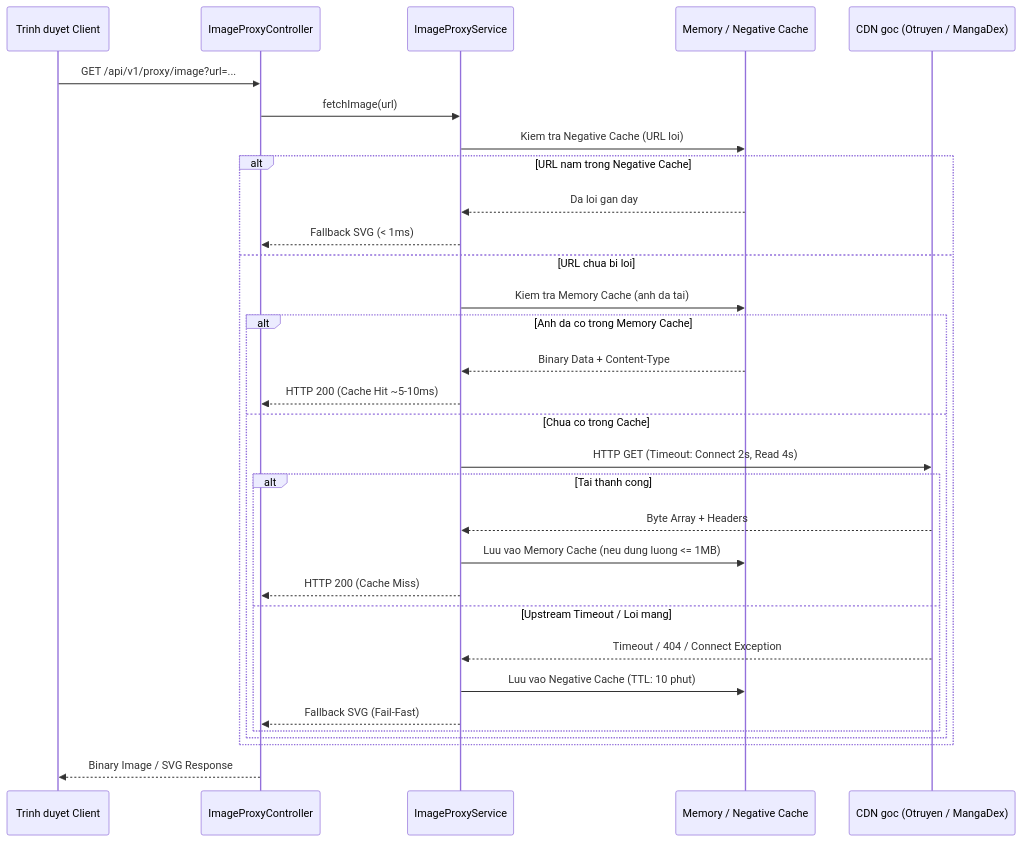
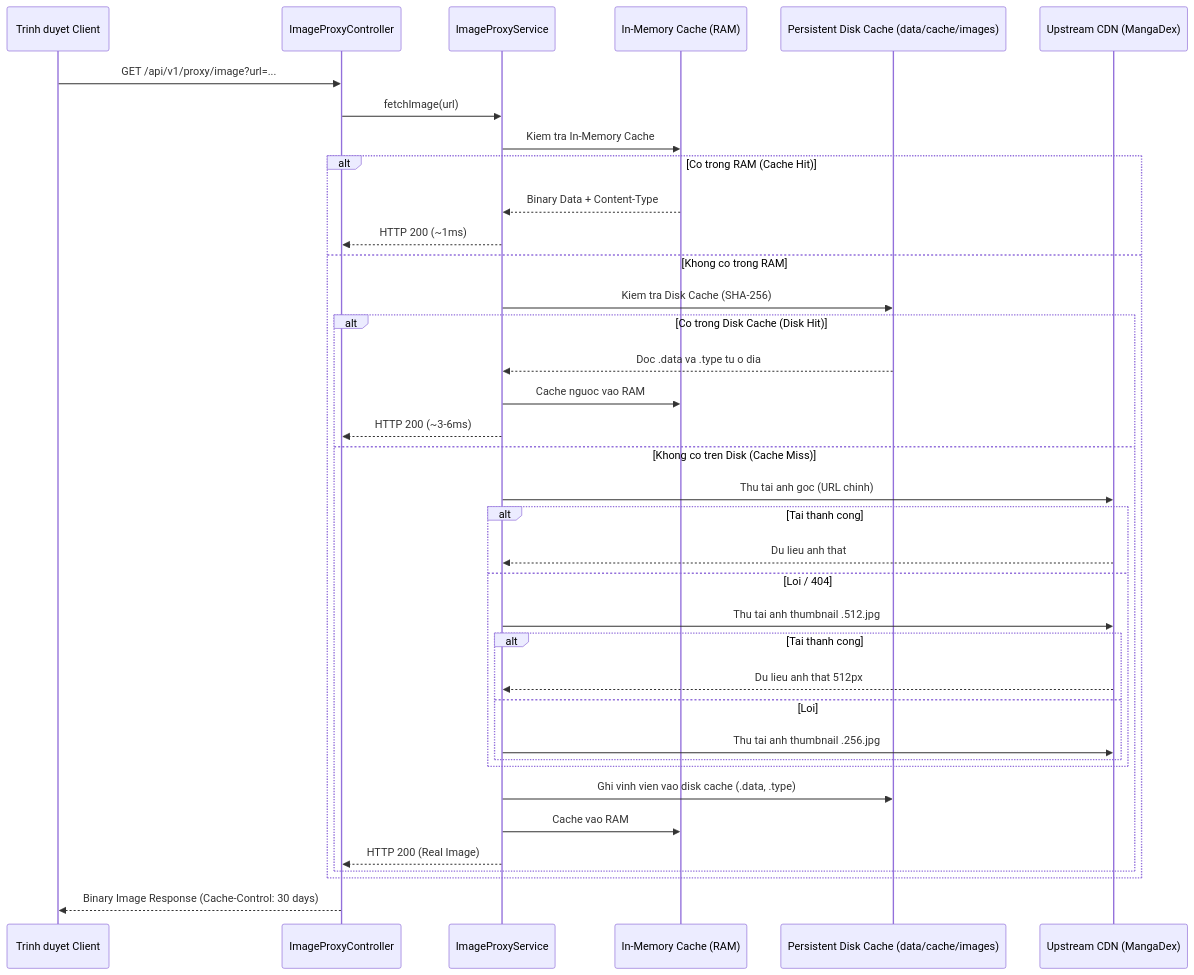
One commit to baodang69/struyen changed the diagram in docs/features/22-image-proxy-optimization.md. Above: the diagram before and after it, drawn with Mermaid. The commit also changed other lines of this file and 3 other files, not shown here.

Commit message:
feat(proxy): implement persistent disk cache and mangadex multi-tier real image retrieval

````diff
--- a/docs/features/22-image-proxy-optimization.md
+++ b/docs/features/22-image-proxy-optimization.md
@@ -28,34 +32,40 @@
 ```mermaid
 sequenceDiagram
     participant Browser as Trinh duyet Client
     participant Controller as ImageProxyController
     participant Service as ImageProxyService
-    participant MemCache as Memory / Negative Cache
-    participant Upstream as CDN goc (Otruyen / MangaDex)
+    participant RAM as In-Memory Cache (RAM)
+    participant Disk as Persistent Disk Cache (data/cache/images)
+    participant CDN as Upstream CDN (MangaDex)
 
     Browser->>Controller: GET /api/v1/proxy/image?url=...
     Controller->>Service: fetchImage(url)
-    Service->>MemCache: Kiem tra Negative Cache (URL loi)
-    alt URL nam trong Negative Cache
-        MemCache-->>Service: Da loi gan day
-        Service-->>Controller: Fallback SVG (< 1ms)
-    else URL chua bi loi
-        Service->>MemCache: Kiem tra Memory Cache (anh da tai)
-        alt Anh da co trong Memory Cache
-            MemCache-->>Service: Binary Data + Content-Type
-            Service-->>Controller: HTTP 200 (Cache Hit ~5-10ms)
-        else Chua co trong Cache
-            Service->>Upstream: HTTP GET (Timeout: Connect 2s, Read 4s)
+    Service->>RAM: Kiem tra In-Memory Cache
+    alt Co trong RAM (Cache Hit)
+        RAM-->>Service: Binary Data + Content-Type
+        Service-->>Controller: HTTP 200 (~1ms)
+    else Khong co trong RAM
+        Service->>Disk: Kiem tra Disk Cache (SHA-256)
+        alt Co trong Disk Cache (Disk Hit)
+            Disk-->>Service: Doc .data va .type tu o dia
+            Service->>RAM: Cache nguoc vao RAM
+            Service-->>Controller: HTTP 200 (~3-6ms)
+        else Khong co tren Disk (Cache Miss)
+            Service->>CDN: Thu tai anh goc (URL chinh)
             alt Tai thanh cong
-                Upstream-->>Service: Byte Array + Headers
-                Service->>MemCache: Luu vao Memory Cache (neu dung luong <= 1MB)
-                Service-->>Controller: HTTP 200 (Cache Miss)
-            else Upstream Timeout / Loi mang
-                Upstream-->>Service: Timeout / 404 / Connect Exception
-                Service->>MemCache: Luu vao Negative Cache (TTL: 10 phut)
-                Service-->>Controller: Fallback SVG (Fail-Fast)
+                CDN-->>Service: Du lieu anh that
+            else Loi / 404
+                Service->>CDN: Thu tai anh thumbnail .512.jpg
+                alt Tai thanh cong
+                    CDN-->>Service: Du lieu anh that 512px
+                else Loi
+                    Service->>CDN: Thu tai anh thumbnail .256.jpg
+                end
             end
+            Service->>Disk: Ghi vinh vien vao disk cache (.data, .type)
+            Service->>RAM: Cache vao RAM
+            Service-->>Controller: HTTP 200 (Real Image)
         end
     end
-    Controller-->>Browser: Binary Image / SVG Response
+    Controller-->>Browser: Binary Image Response (Cache-Control: 30 days)
 ```
````
